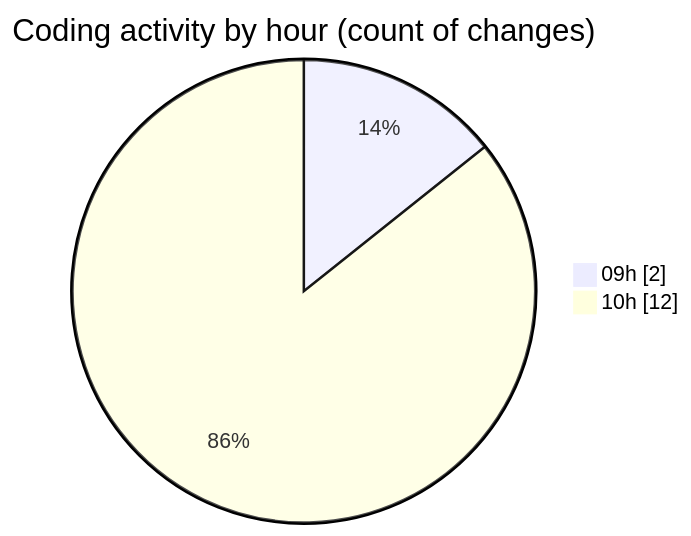
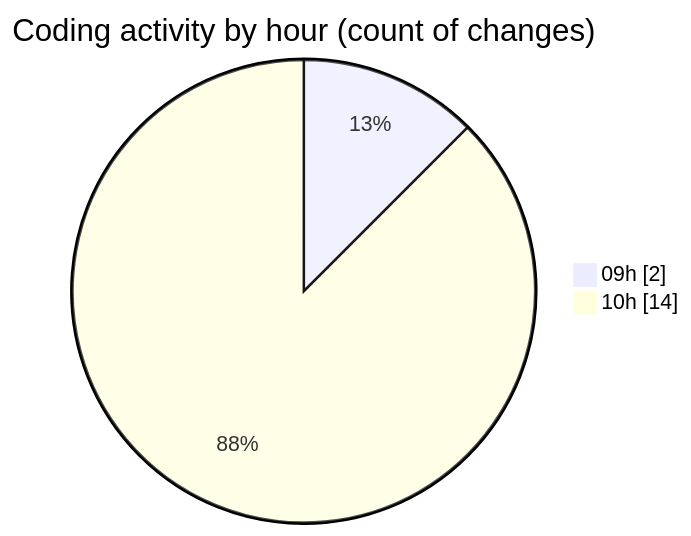
The second of 2 diagrams in 2025-06-13/cda/README.md (momahboobian/code-tracking), drawn with Mermaid before and after one commit. The commit also changed other lines of this file and 1 other file, not shown here.

````diff
--- a/2025-06-13/cda/README.md
+++ b/2025-06-13/cda/README.md
@@ -29,6 +29,6 @@
 ```mermaid
 pie showData
 title Coding activity by hour (count of changes)
 "09h" : 2
-"10h" : 12
+"10h" : 14
 ```
````
